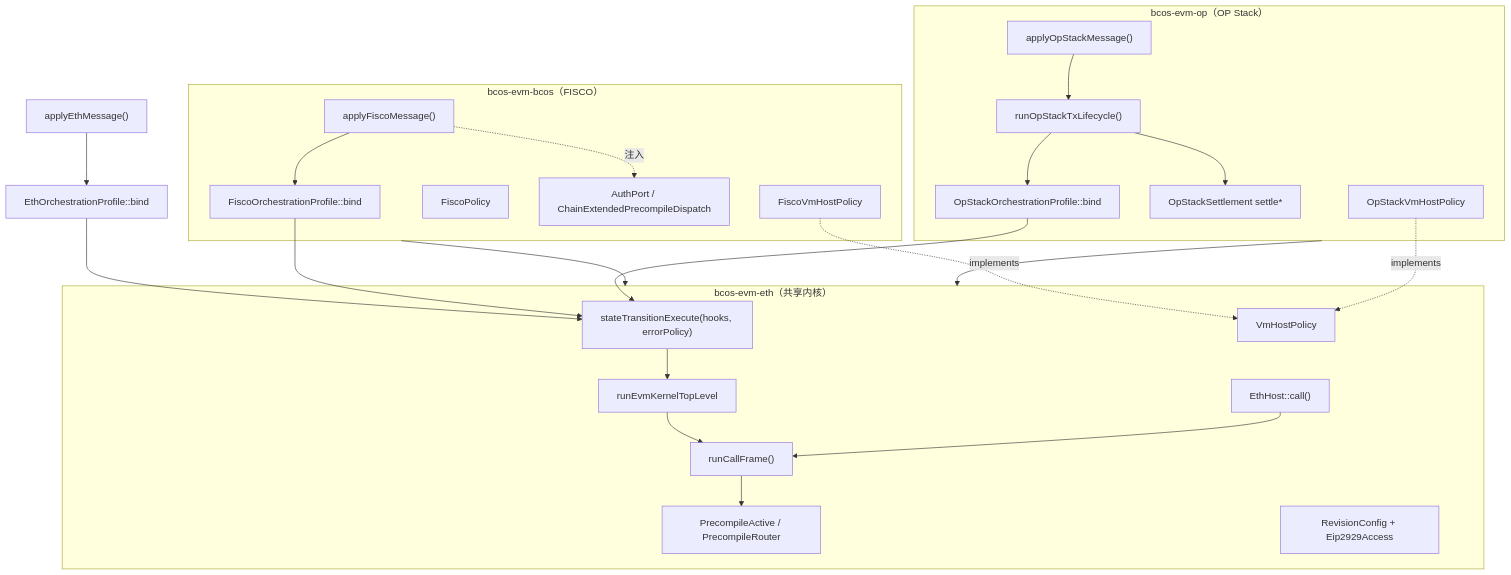
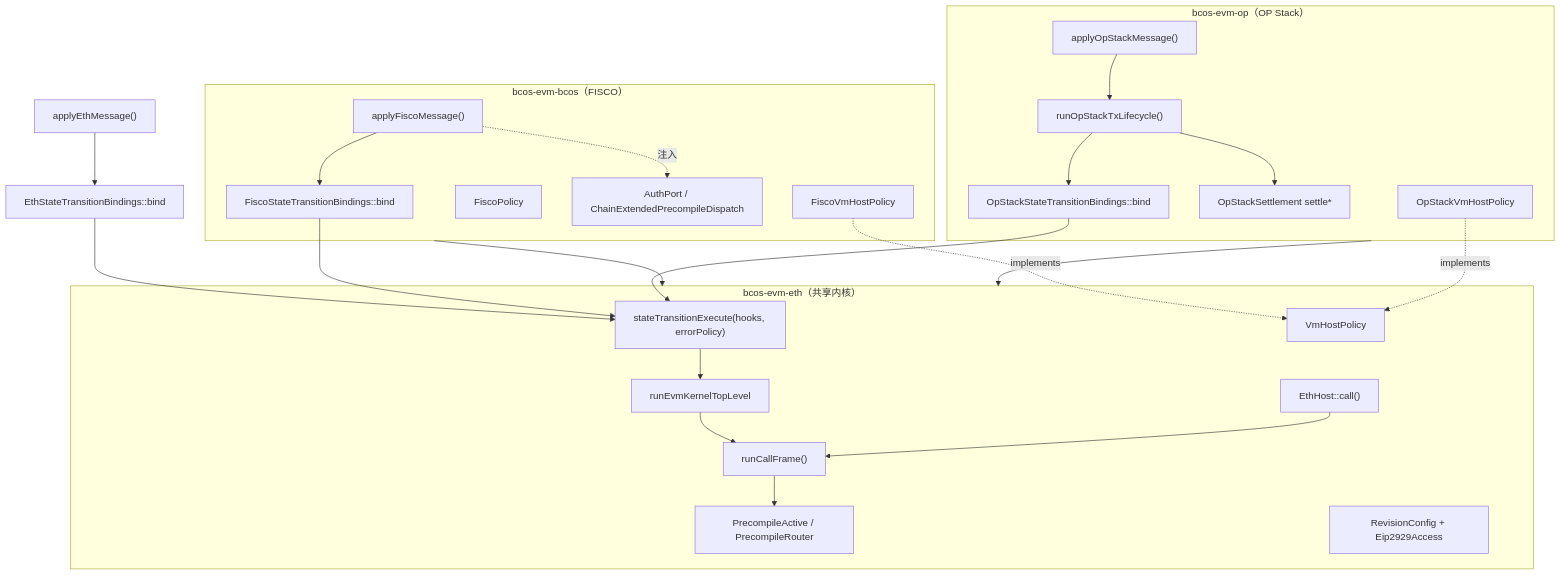
The diagram in bcos-evm/docs/architecture-overview.md (ywy2090/FISCO-BCOS), drawn with Mermaid before and after one commit. The commit also changed other lines of this file and 26 other files, not shown here.

First line of the commit message:
refactor(evm): rename OrchestrationProfile to StateTransitionBindings

````diff
--- a/bcos-evm/docs/architecture-overview.md
+++ b/bcos-evm/docs/architecture-overview.md
@@ -36,41 +36,41 @@
 ```mermaid
 graph TD
     subgraph kernel["bcos-evm-eth（共享内核）"]
         RO["stateTransitionExecute(hooks, errorPolicy)"]
         TEA["runEvmKernelTopLevel"]
         EF["runCallFrame()"]
         PA["PrecompileActive / PrecompileRouter"]
         EH["EthHost::call()"]
         VHP["VmHostPolicy"]
         RC["RevisionConfig + Eip2929Access"]
     end
     subgraph bcos["bcos-evm-bcos（FISCO）"]
         FEB["applyFiscoMessage()"]
-        FOP["FiscoOrchestrationProfile::bind"]
+        FOP["FiscoStateTransitionBindings::bind"]
         FVP["FiscoVmHostPolicy"]
         FP["FiscoPolicy"]
         PORTS["AuthPort / ChainExtendedPrecompileDispatch"]
     end
     subgraph op["bcos-evm-op（OP Stack）"]
         OEB["applyOpStackMessage()"]
         OTL["runOpStackTxLifecycle()"]
-        OOP["OpStackOrchestrationProfile::bind"]
+        OOP["OpStackStateTransitionBindings::bind"]
         OSET["OpStackSettlement settle*"]
         OVP["OpStackVmHostPolicy"]
     end
-    ETH["applyEthMessage()"] --> EOP["EthOrchestrationProfile::bind"]
+    ETH["applyEthMessage()"] --> EOP["EthStateTransitionBindings::bind"]
     EOP --> RO
     FEB --> FOP --> RO
     OEB --> OTL
     OTL --> OOP --> RO
     OTL --> OSET
     RO --> TEA
     TEA --> EF
     EF --> PA
     EH --> EF
     FVP -.implements.-> VHP
     OVP -.implements.-> VHP
     FEB -. 注入 .-> PORTS
     bcos --> kernel
     op --> kernel
 ```
````
